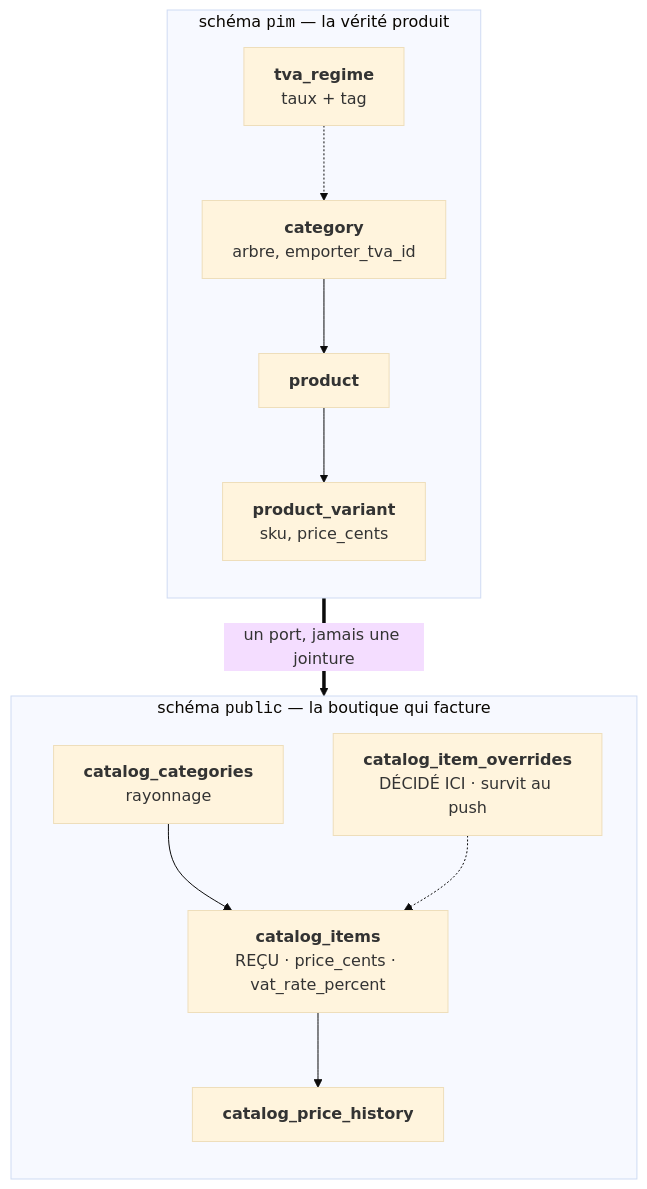
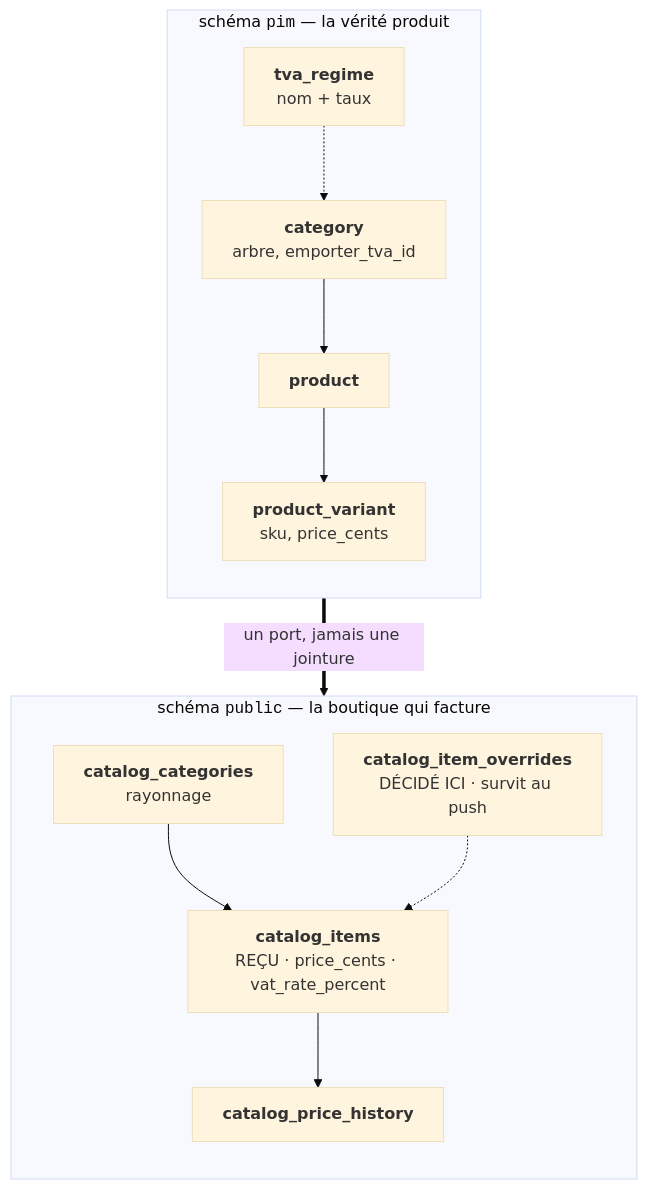
The first of 5 diagrams in documentation/b2b/push-catalogue-pim-vers-boutique.md (hugoheynard/lfd), drawn with Mermaid (base theme) before and after one commit. The commit also changed 34 other files, not shown here.

````diff
--- a/documentation/b2b/push-catalogue-pim-vers-boutique.md
+++ b/documentation/b2b/push-catalogue-pim-vers-boutique.md
@@ -27,25 +27,25 @@
 ```mermaid
 flowchart TB
     subgraph pim["schéma <code>pim</code> — la vérité produit"]
         direction TB
         PC["<b>category</b><br/>arbre, emporter_tva_id"]
-        PT["<b>tva_regime</b><br/>taux + tag"]
+        PT["<b>tva_regime</b><br/>nom + taux"]
         PP["<b>product</b>"]
         PV["<b>product_variant</b><br/>sku, price_cents"]
         PC --> PP --> PV
         PT -.-> PC
     end
 
     subgraph pub["schéma <code>public</code> — la boutique qui facture"]
         direction TB
         CC["<b>catalog_categories</b><br/>rayonnage"]
         CI["<b>catalog_items</b><br/>REÇU · price_cents · vat_rate_percent"]
         CO["<b>catalog_item_overrides</b><br/>DÉCIDÉ ICI · survit au push"]
         CH["<b>catalog_price_history</b>"]
         CC --> CI
         CO -.-> CI
         CI --> CH
     end
 
     pim ==>|"un port, jamais une jointure"| pub
 ```
````
